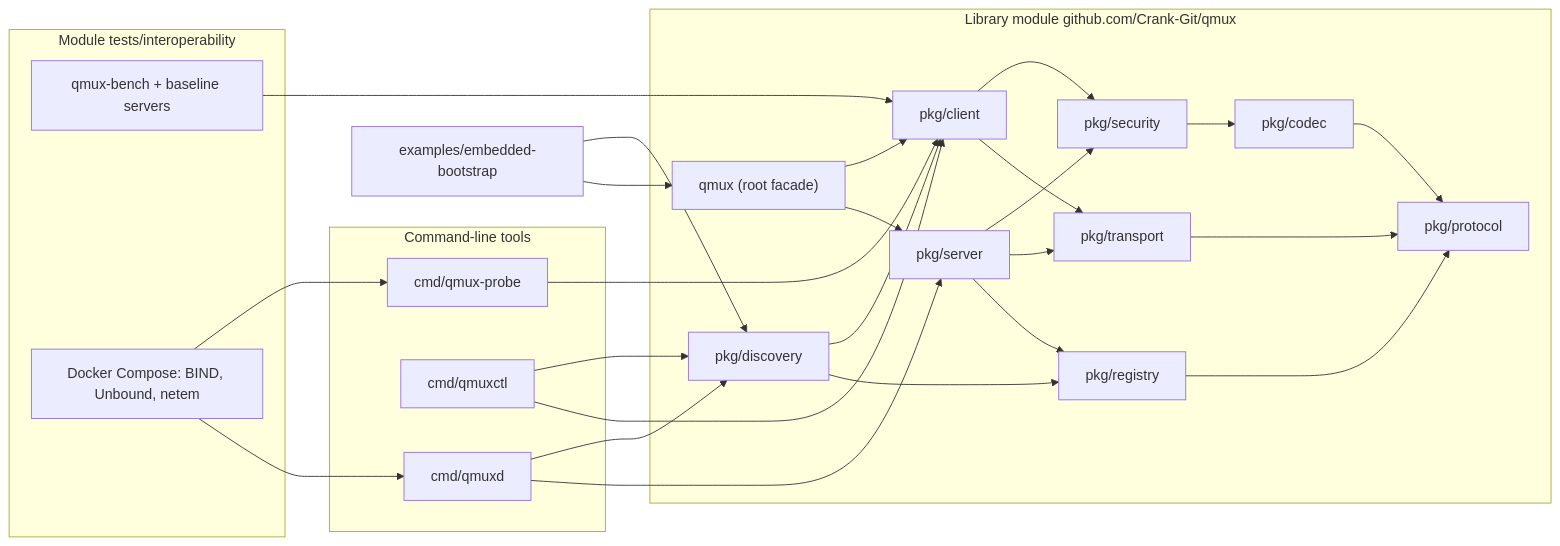
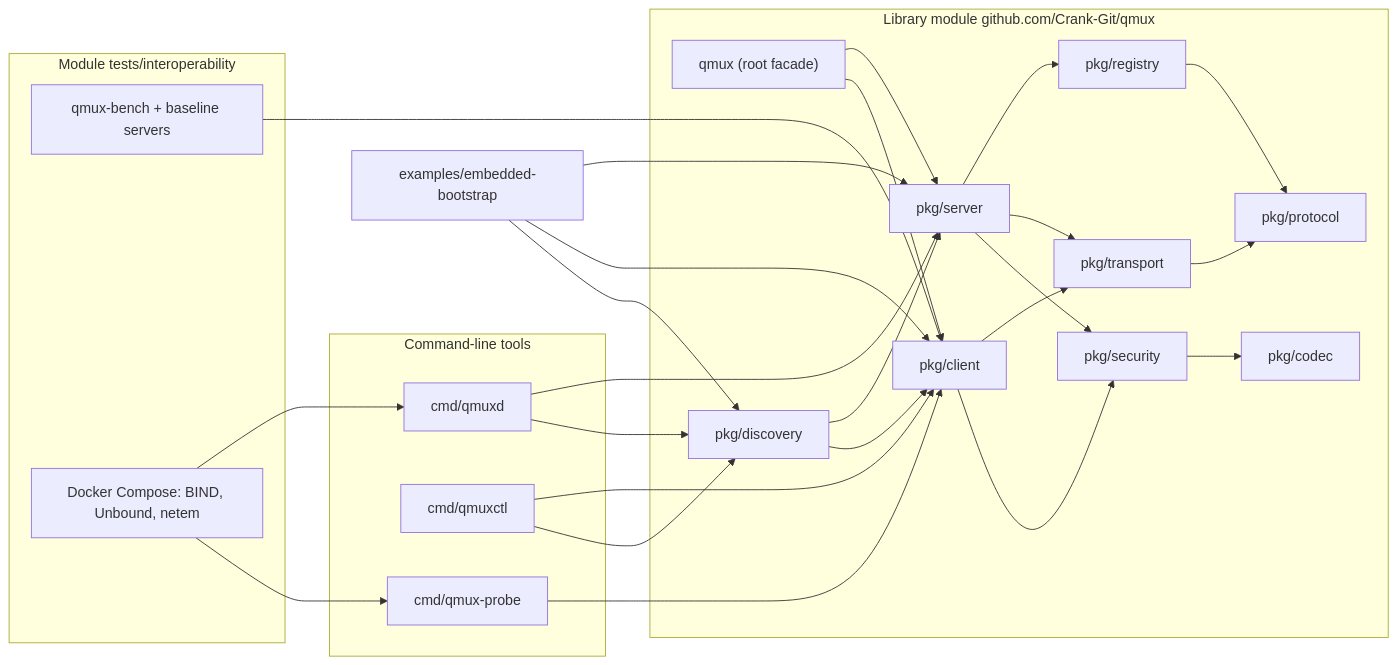
Before and after one commit to Crank-Git/qmux: the first of 2 diagrams in docs/specs/spec.md, drawn with Mermaid. The commit also changed other lines of this file and 1 other file, not shown here.

Commit message:
Repair the spec import graph to match go list [skip ci]
Fixes #185.

````diff
--- a/docs/specs/spec.md
+++ b/docs/specs/spec.md
@@ -218,48 +221,48 @@
 ```mermaid
 flowchart LR
     subgraph lib["Library module github.com/Crank-Git/qmux"]
         facade["qmux (root facade)"]
         protocol["pkg/protocol"]
         registry["pkg/registry"]
         codec["pkg/codec"]
         security["pkg/security"]
         transport["pkg/transport"]
         server["pkg/server"]
         client["pkg/client"]
         discovery["pkg/discovery"]
     end
     subgraph cmds["Command-line tools"]
         qmuxd["cmd/qmuxd"]
         qmuxctl["cmd/qmuxctl"]
         probe["cmd/qmux-probe"]
     end
     subgraph harness["Module tests/interoperability"]
         bench["qmux-bench + baseline servers"]
         compose["Docker Compose: BIND, Unbound, netem"]
     end
     demo["examples/embedded-bootstrap"]
 
     registry --> protocol
-    codec --> protocol
     transport --> protocol
     security --> codec
     server --> registry
     server --> transport
     server --> security
     client --> transport
     client --> security
-    discovery --> registry
+    discovery --> server
     discovery --> client
     facade --> server
     facade --> client
     qmuxd --> server
     qmuxd --> discovery
     qmuxctl --> client
     qmuxctl --> discovery
     probe --> client
-    demo --> facade
+    demo --> server
+    demo --> client
     demo --> discovery
     bench --> client
     compose --> qmuxd
     compose --> probe
 ```
````
